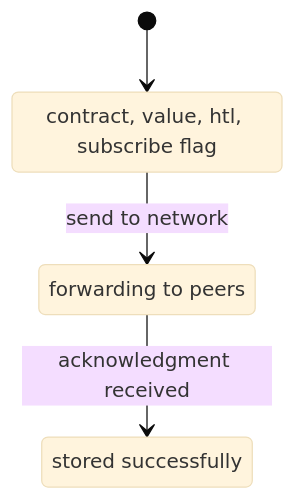
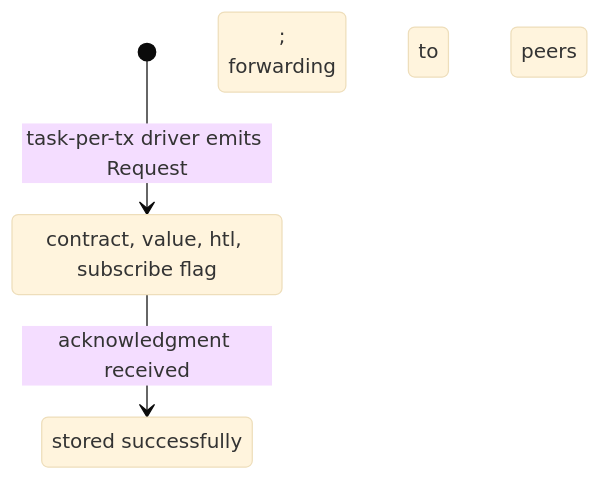
One commit to freenet/freenet-core changed the third of 10 diagrams in docs/architecture/operations/README.md. Above: the diagram before and after it, drawn with Mermaid (base theme). The commit also changed other lines of this file and 3 other files, not shown here.

````diff
--- a/docs/architecture/operations/README.md
+++ b/docs/architecture/operations/README.md
@@ -113,10 +113,8 @@
 ```mermaid
 stateDiagram-v2
-    [*] --> PrepareRequest
-    PrepareRequest --> AwaitingResponse : send to network
+    [*] --> AwaitingResponse : task-per-tx driver emits Request
     AwaitingResponse --> Finished : acknowledgment received
 
-    PrepareRequest : contract, value, htl, subscribe flag
-    AwaitingResponse : forwarding to peers
+    AwaitingResponse : contract, value, htl, subscribe flag;<br/>forwarding to peers
     Finished : stored successfully
 ```
````
